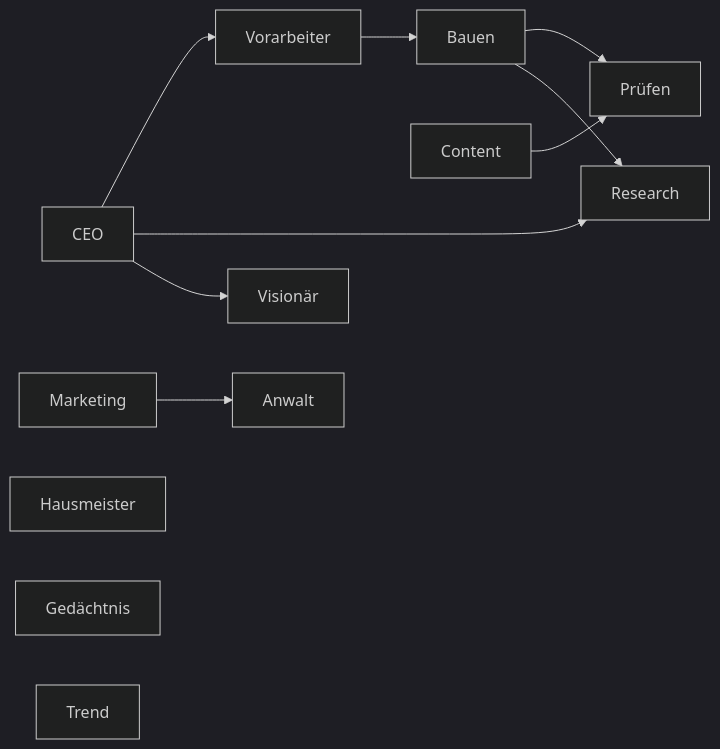
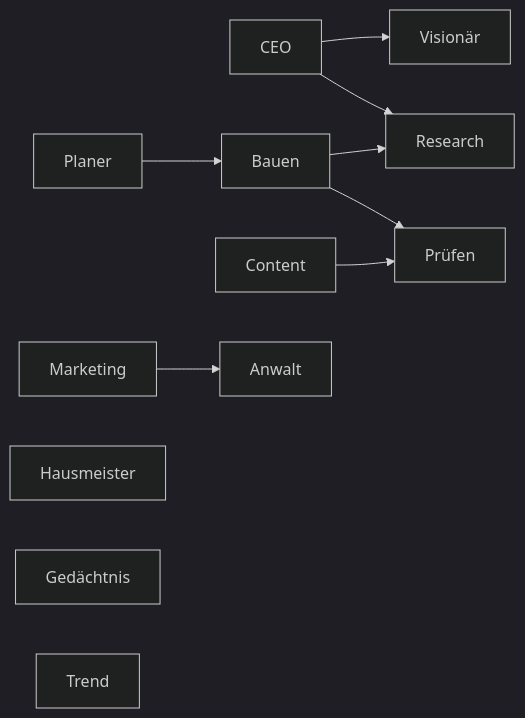
One commit to siinanXD/Leitstand changed the diagram in docs/ABLAUF.md. Above: the diagram before and after it, drawn with Mermaid (dark theme). The commit also changed other lines of this file and 24 other files, not shown here.

First line of the commit message:
feat(planung): ein Planer statt CEO + Vorarbeiter, CEO entscheidet nur noch (SIN-636)

````diff
--- a/docs/ABLAUF.md
+++ b/docs/ABLAUF.md
@@ -5,23 +5,22 @@
 ```mermaid
 flowchart LR
   ceo["CEO"]
   visionaer["Visionär"]
-  vorarbeiter["Vorarbeiter"]
+  planer["Planer"]
   research["Research"]
   bauen["Bauen"]
   pruefen["Prüfen"]
   content["Content"]
   marketing["Marketing"]
   hausmeister["Hausmeister"]
   anwalt["Anwalt"]
   gedaechtnis["Gedächtnis"]
   trend["Trend"]
-  ceo --> vorarbeiter
   ceo --> research
   ceo --> visionaer
-  vorarbeiter --> bauen
+  planer --> bauen
   bauen --> pruefen
   bauen --> research
   content --> pruefen
   marketing --> anwalt
 ```
````
